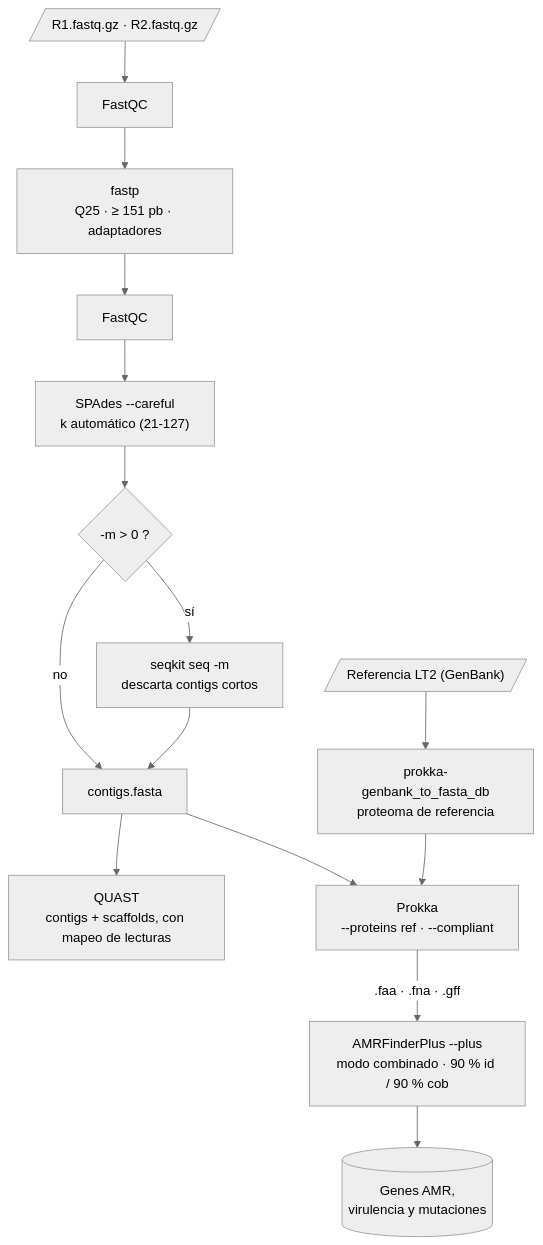
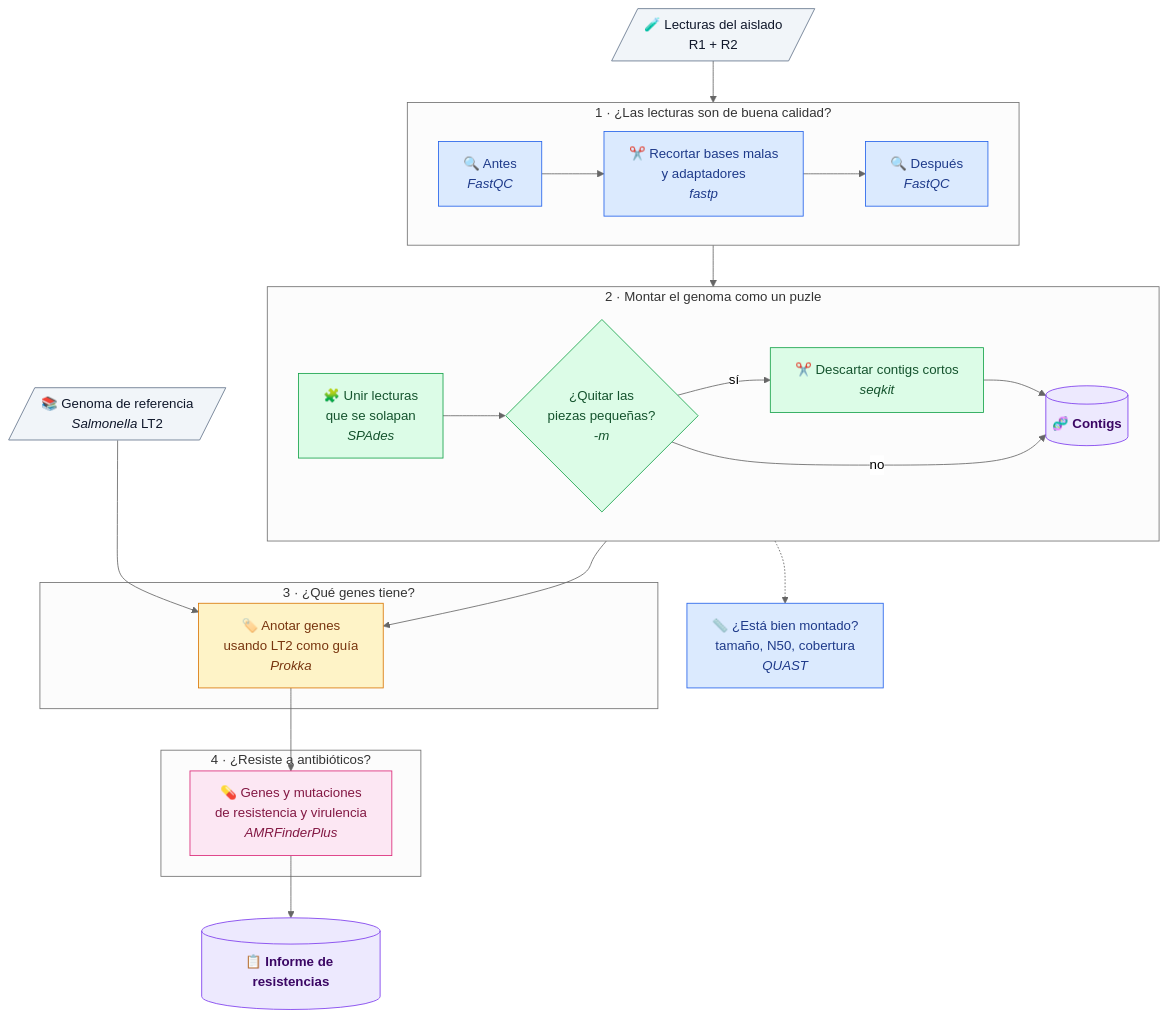
Before and after one commit to AndoniM12/ngs-pipelines: the fourth of 8 diagrams in README.md, drawn with Mermaid (neutral theme). The commit also changed other lines of this file, not shown here.

First line of the commit message:
Diagramas más visuales en el README y nota sobre emrD

````diff
--- a/README.md
+++ b/README.md
@@ -259,17 +309,49 @@
 ```mermaid
 flowchart TD
-    R[/"R1.fastq.gz · R2.fastq.gz"/] --> QC1["FastQC"]
-    QC1 --> FP["fastp<br/>Q25 · ≥ 151 pb · adaptadores"]
-    FP --> QC2["FastQC"]
-    QC2 --> SP["SPAdes --careful<br/>k automático (21-127)"]
-    SP --> F{"-m &gt; 0 ?"}
-    F -- "sí" --> SK["seqkit seq -m<br/>descarta contigs cortos"]
-    F -- "no" --> CT["contigs.fasta"]
-    SK --> CT
-    CT --> QU["QUAST<br/>contigs + scaffolds, con mapeo de lecturas"]
-    GBK[/"Referencia LT2 (GenBank)"/] --> DB["prokka-genbank_to_fasta_db<br/>proteoma de referencia"]
-    CT --> PK["Prokka<br/>--proteins ref · --compliant"]
-    DB --> PK
-    PK -- ".faa · .fna · .gff" --> AMR["AMRFinderPlus --plus<br/>modo combinado · 90 % id / 90 % cob"]
-    AMR --> OUT[("Genes AMR,<br/>virulencia y mutaciones")]
+    IN[/"🧪 Lecturas del aislado<br/>R1 + R2"/]
+    REF[/"📚 Genoma de referencia<br/><i>Salmonella</i> LT2"/]
+
+    subgraph S1["1 · ¿Las lecturas son de buena calidad?"]
+        direction LR
+        QC1["🔍 Antes<br/><i>FastQC</i>"] --> FP["✂️ Recortar bases malas<br/>y adaptadores<br/><i>fastp</i>"] --> QC2["🔍 Después<br/><i>FastQC</i>"]
+    end
+
+    subgraph S2["2 · Montar el genoma como un puzle"]
+        direction LR
+        SP["🧩 Unir lecturas<br/>que se solapan<br/><i>SPAdes</i>"] --> F{"¿Quitar las<br/>piezas pequeñas?<br/><i>-m</i>"}
+        F -- "sí" --> SK["✂️ Descartar contigs cortos<br/><i>seqkit</i>"] --> CT[("🧬 Contigs")]
+        F -- "no" --> CT
+    end
+
+    QU["📏 ¿Está bien montado?<br/>tamaño, N50, cobertura<br/><i>QUAST</i>"]
+
+    subgraph S3["3 · ¿Qué genes tiene?"]
+        PK["🏷️ Anotar genes<br/>usando LT2 como guía<br/><i>Prokka</i>"]
+    end
+
+    subgraph S4["4 · ¿Resiste a antibióticos?"]
+        AMR["💊 Genes y mutaciones<br/>de resistencia y virulencia<br/><i>AMRFinderPlus</i>"]
+    end
+
+    OUT[("📋 Informe de resistencias")]
+
+    IN --> QC1
+    QC2 --> SP
+    CT -.-> QU
+    CT --> PK
+    REF --> PK
+    PK --> AMR --> OUT
+
+    class IN,REF dato
+    class QC1,FP,QC2,QU qc
+    class SP,F,SK proc
+    class CT,OUT res
+    class PK ana
+    class AMR inter
+    classDef dato fill:#f1f5f9,stroke:#64748b,color:#0f172a
+    classDef qc fill:#dbeafe,stroke:#2563eb,color:#1e3a8a
+    classDef proc fill:#dcfce7,stroke:#16a34a,color:#14532d
+    classDef ana fill:#fef3c7,stroke:#d97706,color:#78350f
+    classDef inter fill:#fce7f3,stroke:#db2777,color:#831843
+    classDef res fill:#ede9fe,stroke:#7c3aed,color:#3b0764,font-weight:bold
 ```
````
